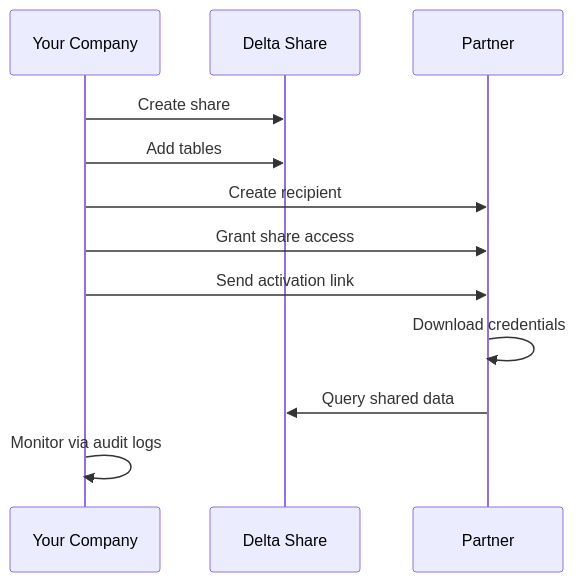
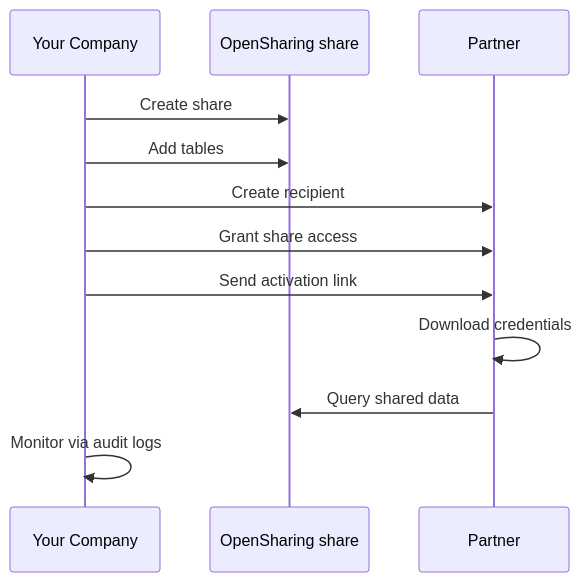
One commit to kengio/databricks-certification-study-guide changed the third of 4 diagrams in certifications/data-engineer-professional/02-data-ingestion-and-acquisition/06-opensharing.md. Above: the diagram before and after it, drawn with Mermaid. The commit also changed other lines of this file and 54 other files, not shown here.

````diff
--- a/certifications/data-engineer-professional/02-data-ingestion-and-acquisition/06-opensharing.md
+++ b/certifications/data-engineer-professional/02-data-ingestion-and-acquisition/06-opensharing.md
@@ -260,15 +260,15 @@
 ```mermaid
 sequenceDiagram
     participant Provider as Your Company
-    participant Share as Delta Share
+    participant Share as OpenSharing share
     participant Recipient as Partner
 
     Provider->>Share: Create share
     Provider->>Share: Add tables
     Provider->>Recipient: Create recipient
     Provider->>Recipient: Grant share access
     Provider->>Recipient: Send activation link
     Recipient->>Recipient: Download credentials
     Recipient->>Share: Query shared data
     Provider->>Provider: Monitor via audit logs
 ```
````
